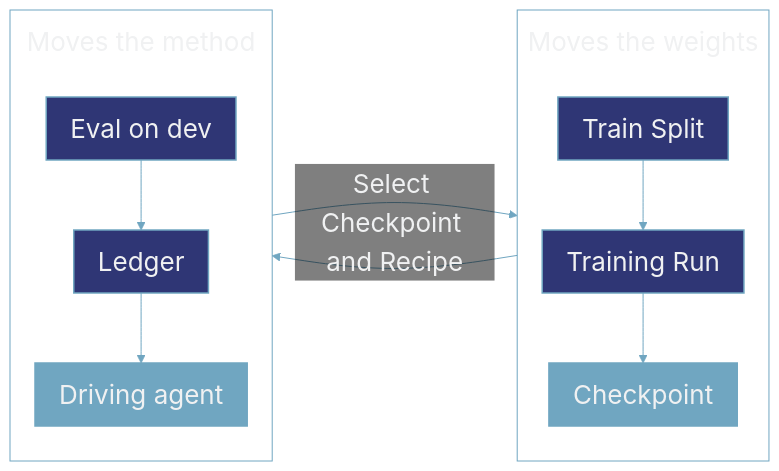
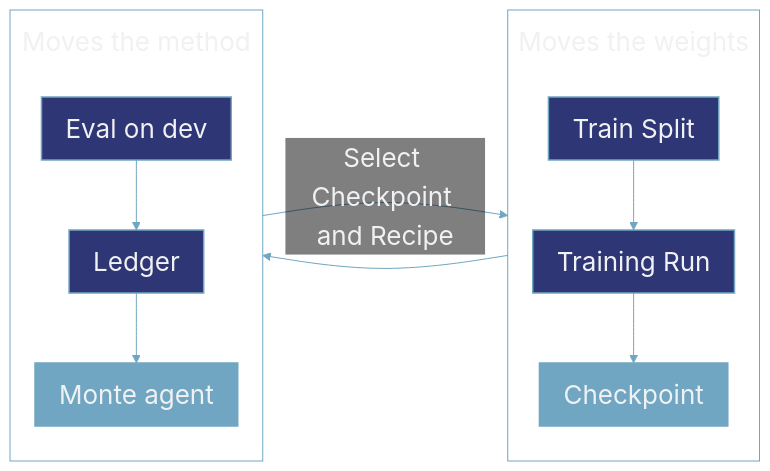
The first of 2 diagrams in concepts/improvement.mdx (Monte-Inc/internal-monte-platform-docs), drawn with Mermaid before and after one commit. The commit also changed other lines of this file and 3 other files, not shown here.

First line of the commit message:
The loop's driver is the Monte agent everywhere

````diff
--- a/concepts/improvement.mdx
+++ b/concepts/improvement.mdx
@@ -11,18 +9,18 @@
 ```mermaid actions={false}
 %%{init: {'theme': 'base', 'themeVariables': {'primaryColor': '#315594', 'primaryTextColor': '#F0F1F2', 'primaryBorderColor': '#315594', 'lineColor': '#70A6C1', 'textColor': '#17181B', 'clusterBkg': 'transparent', 'clusterBorder': '#70A6C1', 'edgeLabelBackground': 'transparent', 'tertiaryColor': '#315594', 'tertiaryTextColor': '#F0F1F2', 'tertiaryBorderColor': '#315594', 'fontSize': '26px'}, 'flowchart': {'subGraphTitleMargin': {'top': 12, 'bottom': 40}, 'rankSpacing': 45, 'nodeSpacing': 30, 'padding': 12}}}%%
 flowchart LR
     subgraph INNER["Moves the weights"]
         direction TB
         TRAIN["Train Split"]:::entry --> RUN["Training Run"]:::score --> CKPT["Checkpoint"]:::model
     end
     subgraph OUTER["Moves the method"]
         direction TB
-        EVAL["Eval on dev"]:::score --> LEDGER["Ledger"]:::entry --> AGENT["Driving agent"]:::model
+        EVAL["Eval on dev"]:::score --> LEDGER["Ledger"]:::entry --> AGENT["Monte agent"]:::model
     end
     CKPT --> EVAL
     AGENT -->|"Select Checkpoint and Recipe"| RUN
 
     classDef entry fill:#2F3675,stroke:#70A6C1,stroke-width:1.5px,color:#F0F1F2;
     classDef model fill:#70A6C1,stroke:#70A6C1,stroke-width:1.5px,color:#F0F1F2;
     classDef score fill:#2F3675,stroke:#70A6C1,stroke-width:1.5px,color:#F0F1F2;
 ```
````
